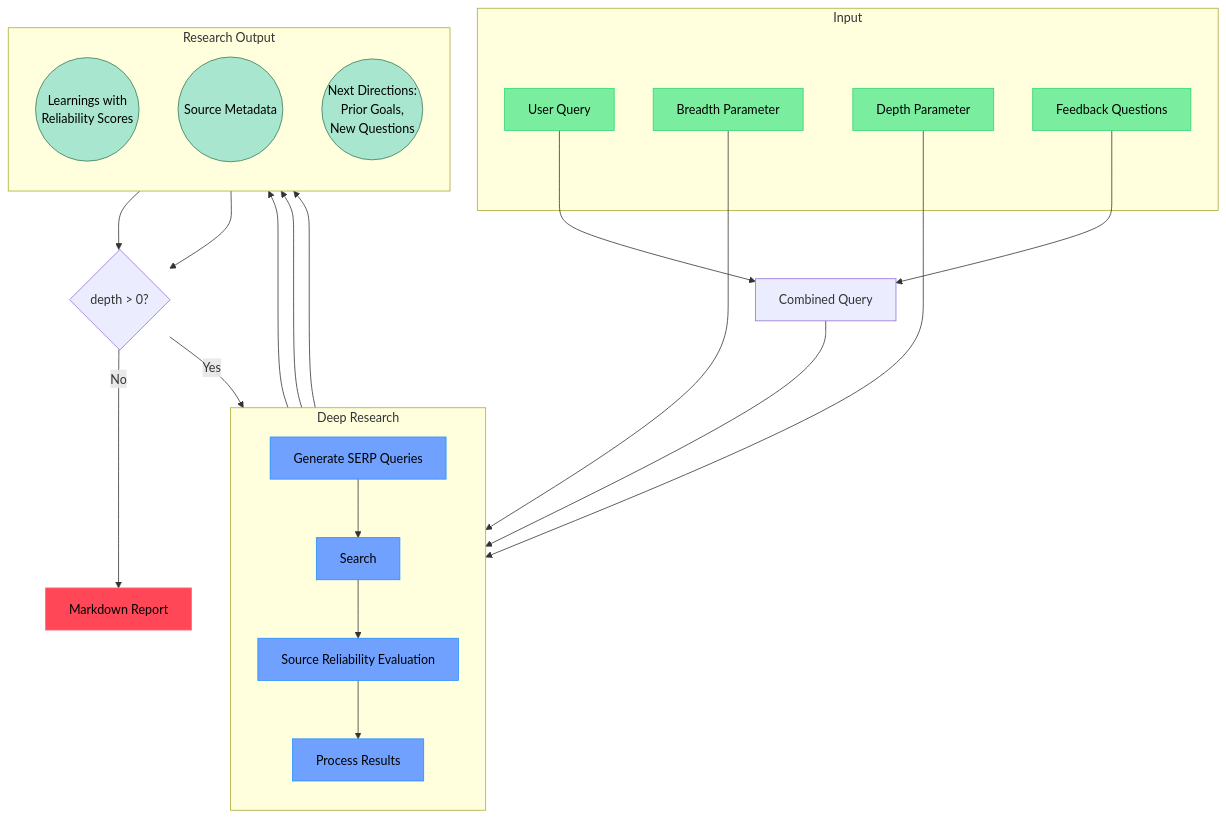
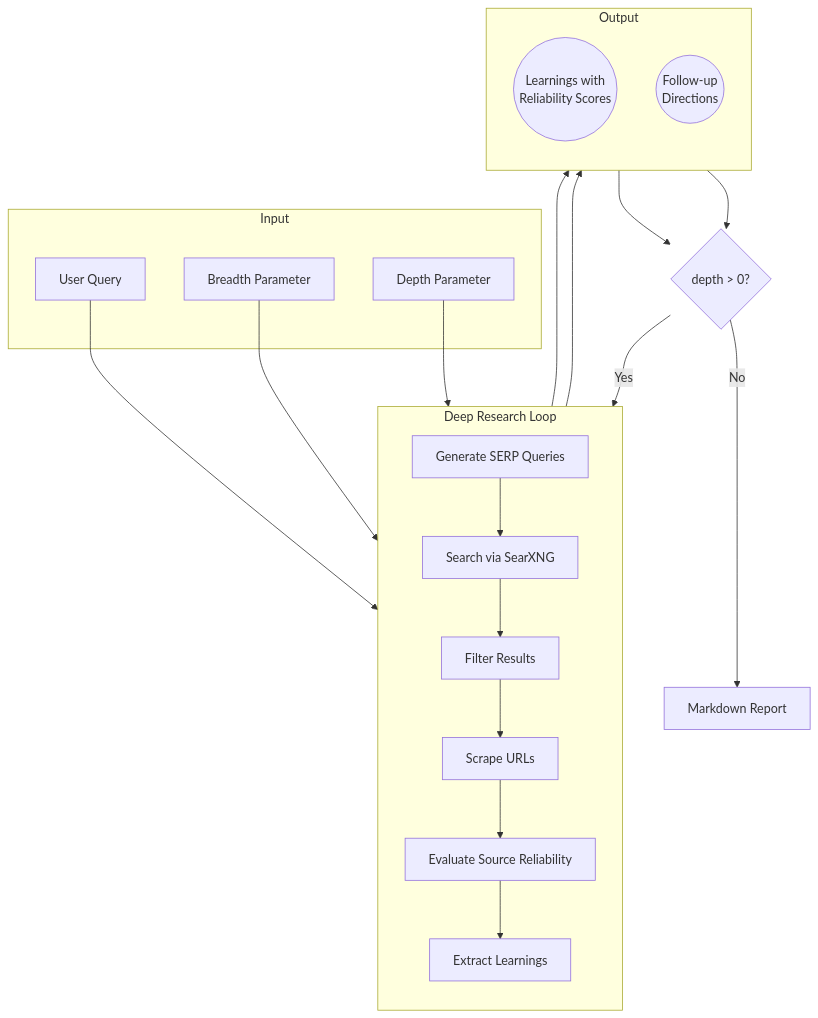
Before and after one commit to arnaudjnn/web-search-mcp: the diagram in README.md, drawn with Mermaid. The commit also changed other lines of this file and 1 other file, not shown here.

First line of the commit message:
Update README and .env.example for new architecture

````diff
--- a/README.md
+++ b/README.md
@@ -89,57 +125,39 @@
 ```mermaid
 flowchart TB
     subgraph Input
         Q[User Query]
         B[Breadth Parameter]
         D[Depth Parameter]
-        FQ[Feedback Questions]
     end
 
-    subgraph Research[Deep Research]
+    subgraph Research[Deep Research Loop]
         direction TB
         SQ[Generate SERP Queries]
-        SR[Search]
-        RE[Source Reliability Evaluation]
-        PR[Process Results]
+        SR[Search via SearXNG]
+        FI[Filter Results]
+        SC[Scrape URLs]
+        RE[Evaluate Source Reliability]
+        PR[Extract Learnings]
     end
 
-    subgraph Results[Research Output]
+    subgraph Results[Output]
         direction TB
         L((Learnings with
         Reliability Scores))
-        SM((Source Metadata))
-        ND((Next Directions:
-        Prior Goals,
-        New Questions))
+        ND((Follow-up
+        Directions))
     end
 
-    %% Main Flow
-    Q & FQ --> CQ[Combined Query]
-    CQ & B & D --> SQ
+    Q & B & D --> SQ
     SQ --> SR
-    SR --> RE
+    SR --> FI
+    FI --> SC
+    SC --> RE
     RE --> PR
-
-    %% Results Flow
     PR --> L
-    PR --> SM
     PR --> ND
 
-    %% Depth Decision and Recursion
     L & ND --> DP{depth > 0?}
     DP -->|Yes| SQ
-    
-    %% Final Output
     DP -->|No| MR[Markdown Report]
-
-    %% Styling
-    classDef input fill:#7bed9f,stroke:#2ed573,color:black
-    classDef process fill:#70a1ff,stroke:#1e90ff,color:black
-    classDef output fill:#ff4757,stroke:#ff6b81,color:black
-    classDef results fill:#a8e6cf,stroke:#3b7a57,color:black,width:150px,height:150px
-
-    class Q,B,D,FQ input
-    class SQ,SR,RE,PR process
-    class MR output
-    class L,SM,ND results
 ```
````
